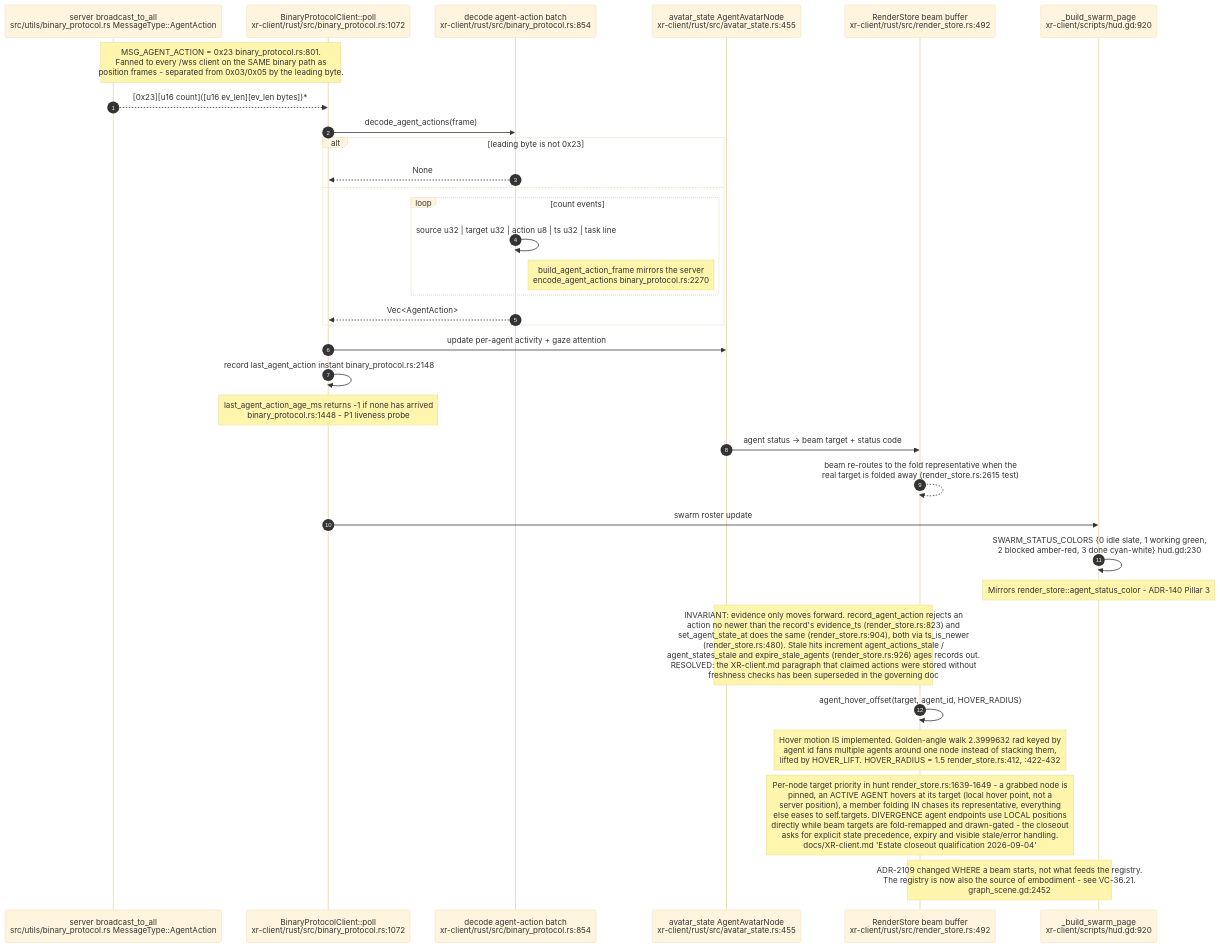
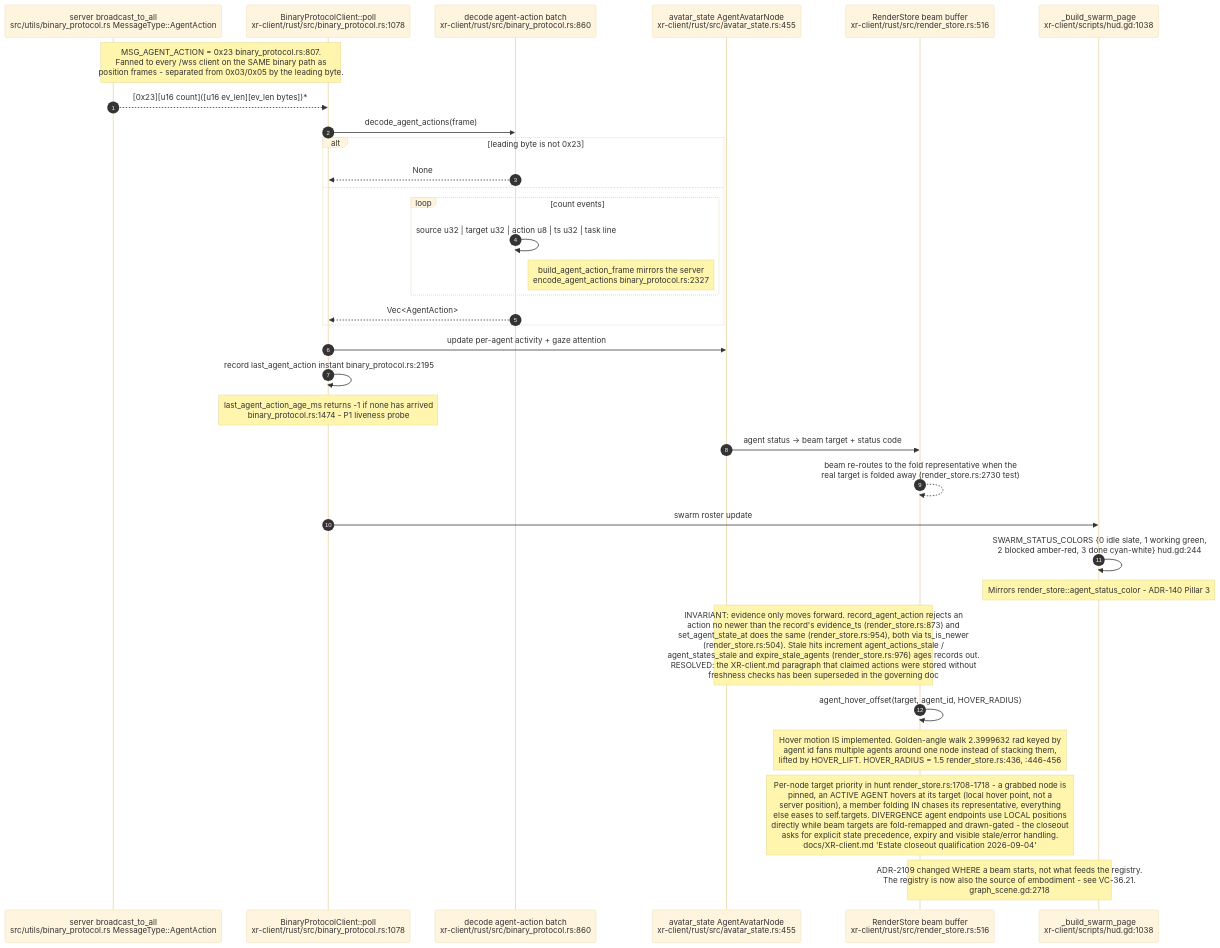
The ninth of 27 diagrams in docs/diagrams/visionclaw/36-godot-xr-client.md (DreamLab-AI/VisionFlow), drawn with Mermaid (base theme) before and after one commit. The commit also changed other lines of this file and 160 other files, not shown here.

````diff
--- a/docs/diagrams/visionclaw/36-godot-xr-client.md
+++ b/docs/diagrams/visionclaw/36-godot-xr-client.md
@@ -484,36 +486,36 @@
 ```mermaid
 sequenceDiagram
     autonumber
     participant SV as server broadcast_to_all<br/>src/utils/binary_protocol.rs MessageType::AgentAction
-    participant BP as BinaryProtocolClient::poll<br/>xr-client/rust/src/binary_protocol.rs:1072
-    participant DA as decode agent-action batch<br/>xr-client/rust/src/binary_protocol.rs:854
+    participant BP as BinaryProtocolClient::poll<br/>xr-client/rust/src/binary_protocol.rs:1078
+    participant DA as decode agent-action batch<br/>xr-client/rust/src/binary_protocol.rs:860
     participant AS as avatar_state AgentAvatarNode<br/>xr-client/rust/src/avatar_state.rs:455
-    participant RS as RenderStore beam buffer<br/>xr-client/rust/src/render_store.rs:492
-    participant HD as _build_swarm_page<br/>xr-client/scripts/hud.gd:920
+    participant RS as RenderStore beam buffer<br/>xr-client/rust/src/render_store.rs:516
+    participant HD as _build_swarm_page<br/>xr-client/scripts/hud.gd:1038
 
-    Note over SV,BP: MSG_AGENT_ACTION = 0x23 binary_protocol.rs:801.<br/>Fanned to every /wss client on the SAME binary path as<br/>position frames - separated from 0x03/0x05 by the leading byte.
+    Note over SV,BP: MSG_AGENT_ACTION = 0x23 binary_protocol.rs:807.<br/>Fanned to every /wss client on the SAME binary path as<br/>position frames - separated from 0x03/0x05 by the leading byte.
     SV-->>BP: [0x23][u16 count]([u16 ev_len][ev_len bytes])*
     BP->>DA: decode_agent_actions(frame)
     alt leading byte is not 0x23
         DA-->>BP: None
     else
         loop count events
             DA->>DA: source u32 | target u32 | action u8 | ts u32 | task line
-            Note right of DA: build_agent_action_frame mirrors the server<br/>encode_agent_actions binary_protocol.rs:2270
+            Note right of DA: build_agent_action_frame mirrors the server<br/>encode_agent_actions binary_protocol.rs:2327
         end
         DA-->>BP: Vec<AgentAction>
     end
     BP->>AS: update per-agent activity + gaze attention
-    BP->>BP: record last_agent_action instant binary_protocol.rs:2148
-    Note over BP: last_agent_action_age_ms returns -1 if none has arrived<br/>binary_protocol.rs:1448 - P1 liveness probe
+    BP->>BP: record last_agent_action instant binary_protocol.rs:2195
+    Note over BP: last_agent_action_age_ms returns -1 if none has arrived<br/>binary_protocol.rs:1474 - P1 liveness probe
     AS->>RS: agent status -> beam target + status code
-    RS-->>RS: beam re-routes to the fold representative when the<br/>real target is folded away (render_store.rs:2615 test)
+    RS-->>RS: beam re-routes to the fold representative when the<br/>real target is folded away (render_store.rs:2730 test)
     BP->>HD: swarm roster update
-    HD->>HD: SWARM_STATUS_COLORS {0 idle slate, 1 working green,<br/>2 blocked amber-red, 3 done cyan-white} hud.gd:230
+    HD->>HD: SWARM_STATUS_COLORS {0 idle slate, 1 working green,<br/>2 blocked amber-red, 3 done cyan-white} hud.gd:244
     Note over HD: Mirrors render_store::agent_status_color - ADR-140 Pillar 3
-    Note over AS,RS: INVARIANT: evidence only moves forward. record_agent_action rejects an<br/>action no newer than the record's evidence_ts (render_store.rs:823) and<br/>set_agent_state_at does the same (render_store.rs:904), both via ts_is_newer<br/>(render_store.rs:480). Stale hits increment agent_actions_stale /<br/>agent_states_stale and expire_stale_agents (render_store.rs:926) ages records out.<br/>RESOLVED: the XR-client.md paragraph that claimed actions were stored without<br/>freshness checks has been superseded in the governing doc
+    Note over AS,RS: INVARIANT: evidence only moves forward. record_agent_action rejects an<br/>action no newer than the record's evidence_ts (render_store.rs:873) and<br/>set_agent_state_at does the same (render_store.rs:954), both via ts_is_newer<br/>(render_store.rs:504). Stale hits increment agent_actions_stale /<br/>agent_states_stale and expire_stale_agents (render_store.rs:976) ages records out.<br/>RESOLVED: the XR-client.md paragraph that claimed actions were stored without<br/>freshness checks has been superseded in the governing doc
     RS->>RS: agent_hover_offset(target, agent_id, HOVER_RADIUS)
-    Note over RS: Hover motion IS implemented. Golden-angle walk 2.3999632 rad keyed by<br/>agent id fans multiple agents around one node instead of stacking them,<br/>lifted by HOVER_LIFT. HOVER_RADIUS = 1.5 render_store.rs:412, :422-432
-    Note over RS: Per-node target priority in hunt render_store.rs:1639-1649 - a grabbed node is<br/>pinned, an ACTIVE AGENT hovers at its target (local hover point, not a<br/>server position), a member folding IN chases its representative, everything<br/>else eases to self.targets. DIVERGENCE agent endpoints use LOCAL positions<br/>directly while beam targets are fold-remapped and drawn-gated - the closeout<br/>asks for explicit state precedence, expiry and visible stale/error handling.<br/>docs/XR-client.md 'Estate closeout qualification 2026-09-04'
-    Note over RS,HD: ADR-2109 changed WHERE a beam starts, not what feeds the registry.<br/>The registry is now also the source of embodiment - see VC-36.21.<br/>graph_scene.gd:2452
+    Note over RS: Hover motion IS implemented. Golden-angle walk 2.3999632 rad keyed by<br/>agent id fans multiple agents around one node instead of stacking them,<br/>lifted by HOVER_LIFT. HOVER_RADIUS = 1.5 render_store.rs:436, :446-456
+    Note over RS: Per-node target priority in hunt render_store.rs:1708-1718 - a grabbed node is<br/>pinned, an ACTIVE AGENT hovers at its target (local hover point, not a<br/>server position), a member folding IN chases its representative, everything<br/>else eases to self.targets. DIVERGENCE agent endpoints use LOCAL positions<br/>directly while beam targets are fold-remapped and drawn-gated - the closeout<br/>asks for explicit state precedence, expiry and visible stale/error handling.<br/>docs/XR-client.md 'Estate closeout qualification 2026-09-04'
+    Note over RS,HD: ADR-2109 changed WHERE a beam starts, not what feeds the registry.<br/>The registry is now also the source of embodiment - see VC-36.21.<br/>graph_scene.gd:2718
 ```
````
